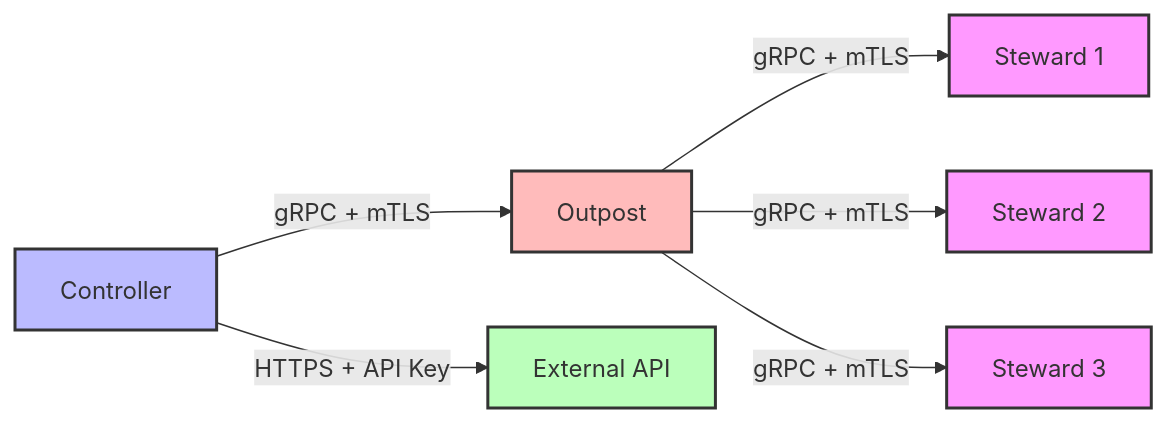
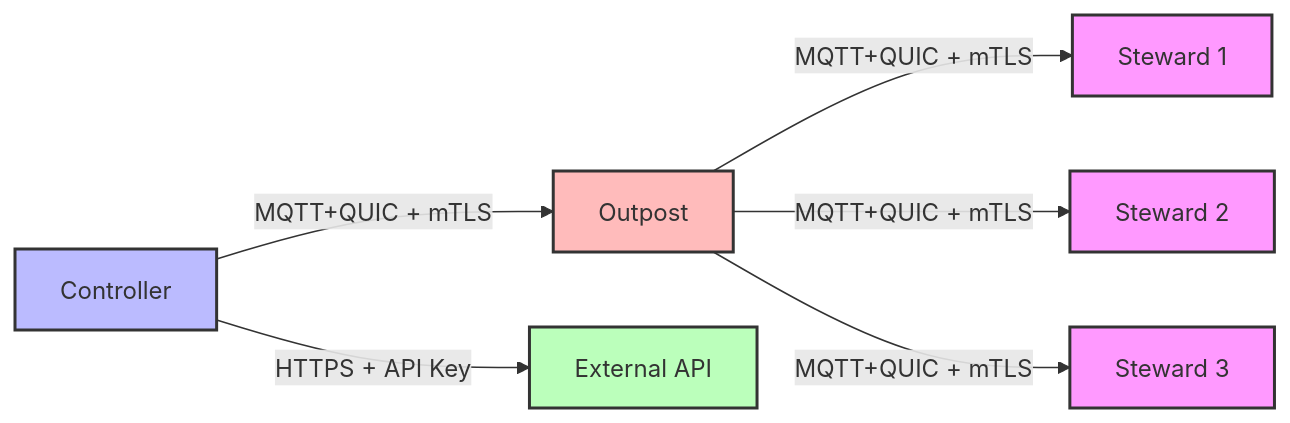
Before and after one commit to cfg-is/cfgms: the third of 5 diagrams in docs/terminology.md, drawn with Mermaid. The commit also changed other lines of this file and 6 other files, not shown here.

````diff
--- a/docs/terminology.md
+++ b/docs/terminology.md
@@ -162,14 +162,14 @@
 ```mermaid
 graph LR
-    C[Controller] -->|gRPC + mTLS| O[Outpost]
-    O -->|gRPC + mTLS| S1[Steward 1]
-    O -->|gRPC + mTLS| S2[Steward 2]
-    O -->|gRPC + mTLS| S3[Steward 3]
+    C[Controller] -->|MQTT+QUIC + mTLS| O[Outpost]
+    O -->|MQTT+QUIC + mTLS| S1[Steward 1]
+    O -->|MQTT+QUIC + mTLS| S2[Steward 2]
+    O -->|MQTT+QUIC + mTLS| S3[Steward 3]
     C -->|HTTPS + API Key| E[External API]
     style C fill:#bbf,stroke:#333,stroke-width:2px
     style O fill:#fbb,stroke:#333,stroke-width:2px
     style S1 fill:#f9f,stroke:#333,stroke-width:2px
     style S2 fill:#f9f,stroke:#333,stroke-width:2px
     style S3 fill:#f9f,stroke:#333,stroke-width:2px
     style E fill:#bfb,stroke:#333,stroke-width:2px
 ```
````
